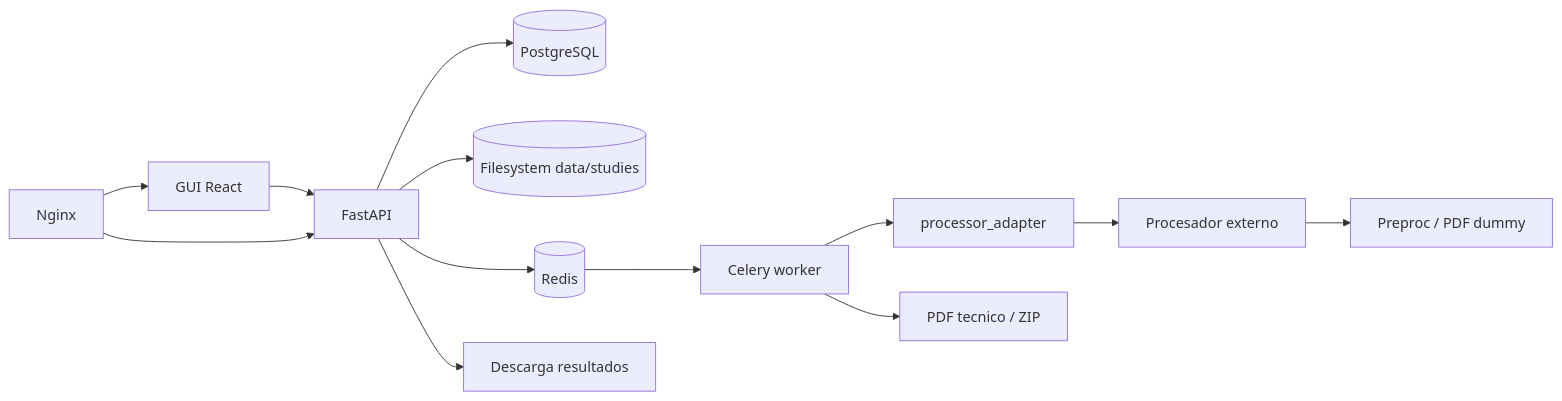
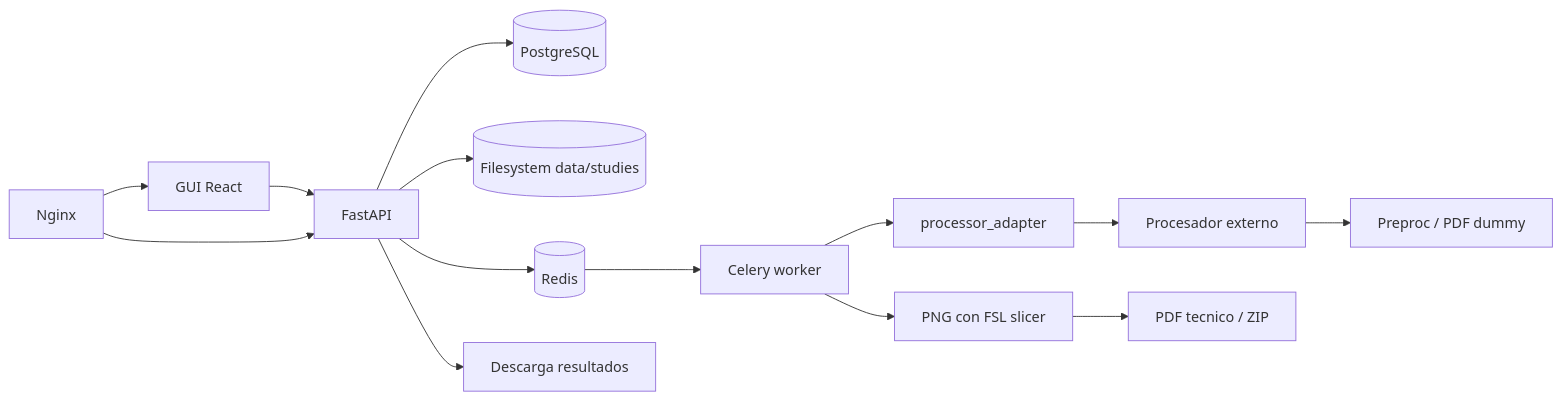
One commit to suhartx/neuroimagen-server-biocruces changed the diagram in README.md. Above: the diagram before and after it, drawn with Mermaid. The commit also changed other lines of this file and 29 other files, not shown here.

````diff
--- a/README.md
+++ b/README.md
@@ -9,15 +9,16 @@
 ```mermaid
 flowchart LR
   GUI[GUI React] --> API[FastAPI]
   API --> DB[(PostgreSQL)]
   API --> FS[(Filesystem data/studies)]
   API --> Redis[(Redis)]
   Redis --> Worker[Celery worker]
   Worker --> Adapter[processor_adapter]
   Adapter --> CLI[Procesador externo]
   CLI --> Outputs[Preproc / PDF dummy]
-  Worker --> Artifacts[PDF tecnico / ZIP]
+  Worker --> Render[PNG con FSL slicer]
+  Render --> Artifacts[PDF tecnico / ZIP]
   API --> Download[Descarga resultados]
   Proxy[Nginx] --> GUI
   Proxy --> API
 ```
````
